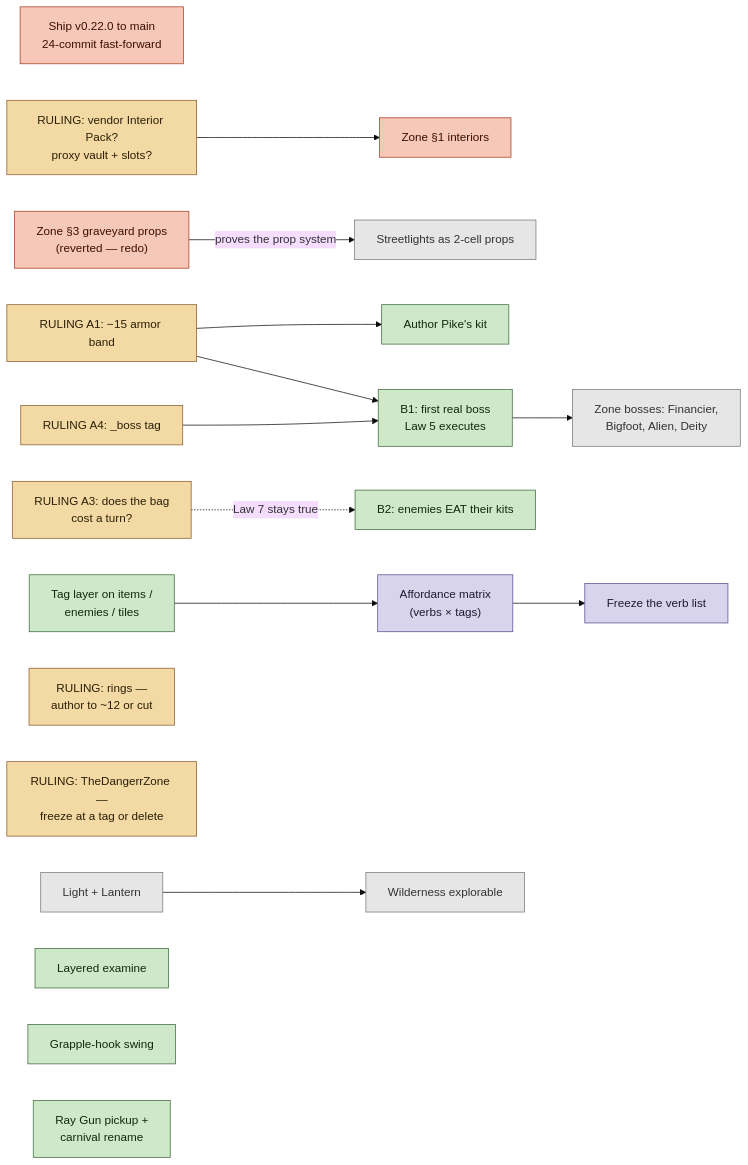
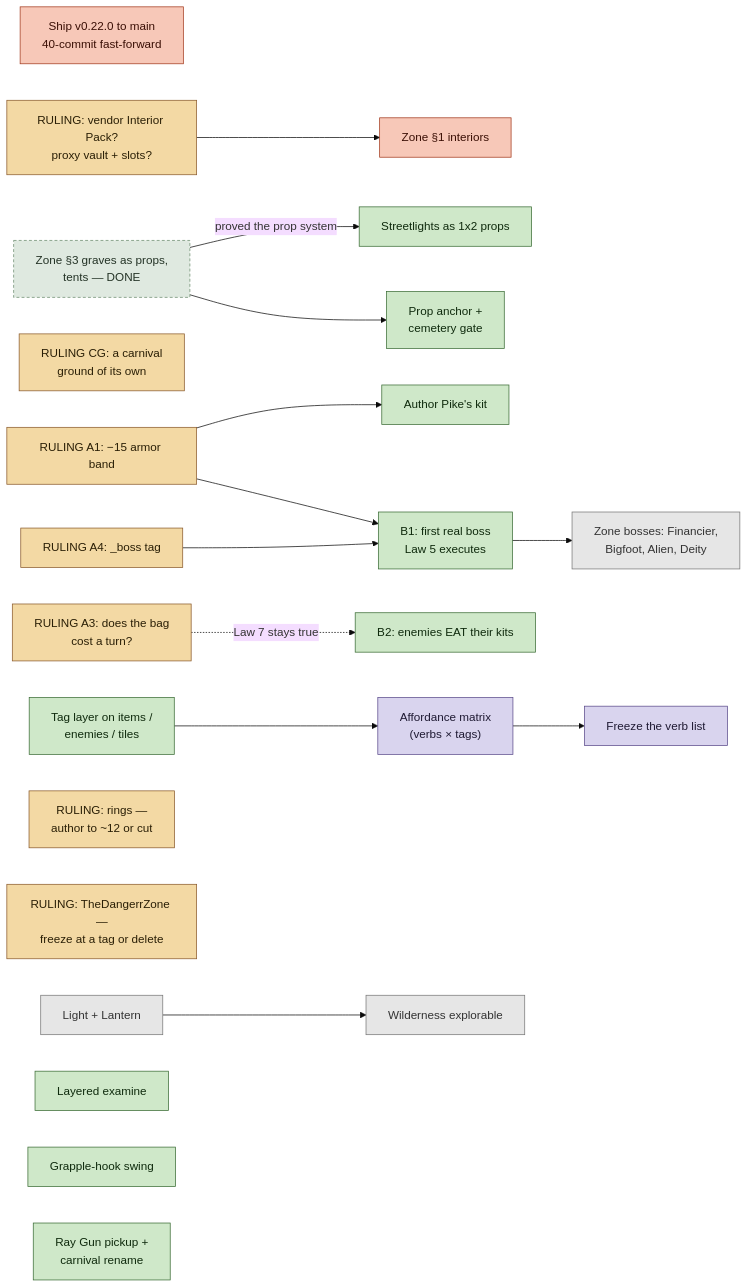
Before and after one commit to RussellDangerr/violencetown: the diagram in plans/roadmap-2026-09.md, drawn with Mermaid (base theme). The commit also changed other lines of this file and 3 other files, not shown here.

First line of the commit message:
plan: Zone Item 3 shipped; the roadmap and its board catch up

````diff
--- a/plans/roadmap-2026-09.md
+++ b/plans/roadmap-2026-09.md
@@ -27,45 +28,48 @@
 ```mermaid
 flowchart LR
     classDef ruling fill:#f3d9a4,stroke:#8a5a2c,color:#2a1f06
     classDef ready fill:#cfe8c9,stroke:#3a6b35,color:#0f2a0d
     classDef design fill:#d9d4ee,stroke:#5a4a8a,color:#1f1a33
     classDef later fill:#e6e6e6,stroke:#777,color:#333
     classDef now fill:#f7c8b8,stroke:#a33a1e,color:#3a0f05
+    classDef done fill:#dfe9e0,stroke:#6a8a6e,color:#243326,stroke-dasharray:4 3
 
-    SHIP["Ship v0.22.0 to main<br/>24-commit fast-forward"]:::now
-    GY["Zone §3 graveyard props<br/>(reverted — redo)"]:::now
+    SHIP["Ship v0.22.0 to main<br/>40-commit fast-forward"]:::now
+    GY["Zone §3 graves as props,<br/>tents — DONE"]:::done
     INT["Zone §1 interiors"]:::now
     R_INT["RULING: vendor Interior Pack?<br/>proxy vault + slots?"]:::ruling
     R_INT --> INT
-    GY -->|"proves the prop system"| LAMP["Streetlights as 2-cell props"]:::later
+    GY -->|"proved the prop system"| LAMP["Streetlights as 1x2 props"]:::ready
+    GY --> GATE["Prop anchor +<br/>cemetery gate"]:::ready
+    CG["RULING CG: a carnival<br/>ground of its own"]:::ruling
 
     A1["RULING A1: −15 armor band"]:::ruling
     A4["RULING A4: _boss tag"]:::ruling
     PIKE["Author Pike's kit"]:::ready
     BOSS["B1: first real boss<br/>Law 5 executes"]:::ready
     ZBOSS["Zone bosses: Financier,<br/>Bigfoot, Alien, Deity"]:::later
     A1 --> PIKE
     A1 --> BOSS
     A4 --> BOSS
     BOSS --> ZBOSS
 
     B2["B2: enemies EAT their kits"]:::ready
     A3["RULING A3: does the bag<br/>cost a turn?"]:::ruling
     A3 -.->|"Law 7 stays true"| B2
 
     TAG["Tag layer on items /<br/>enemies / tiles"]:::ready
     MATRIX["Affordance matrix<br/>(verbs × tags)"]:::design
     FREEZE["Freeze the verb list"]:::design
     TAG --> MATRIX --> FREEZE
 
     RINGS["RULING: rings —<br/>author to ~12 or cut"]:::ruling
     DZ["RULING: TheDangerrZone —<br/>freeze at a tag or delete"]:::ruling
 
     LANT["Light + Lantern"]:::later
     WILD["Wilderness explorable"]:::later
     LANT --> WILD
 
     EX["Layered examine"]:::ready
     GRAP["Grapple-hook swing"]:::ready
     RAY["Ray Gun pickup +<br/>carnival rename"]:::ready
 ```
````
